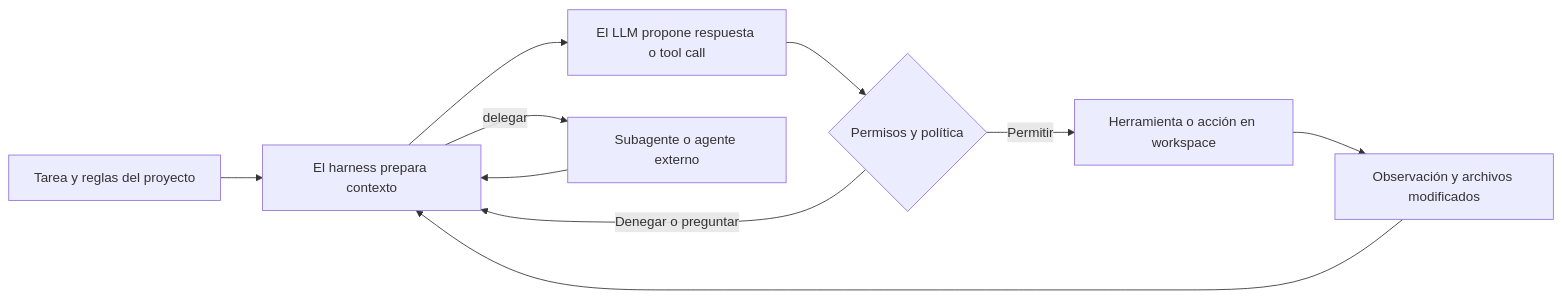
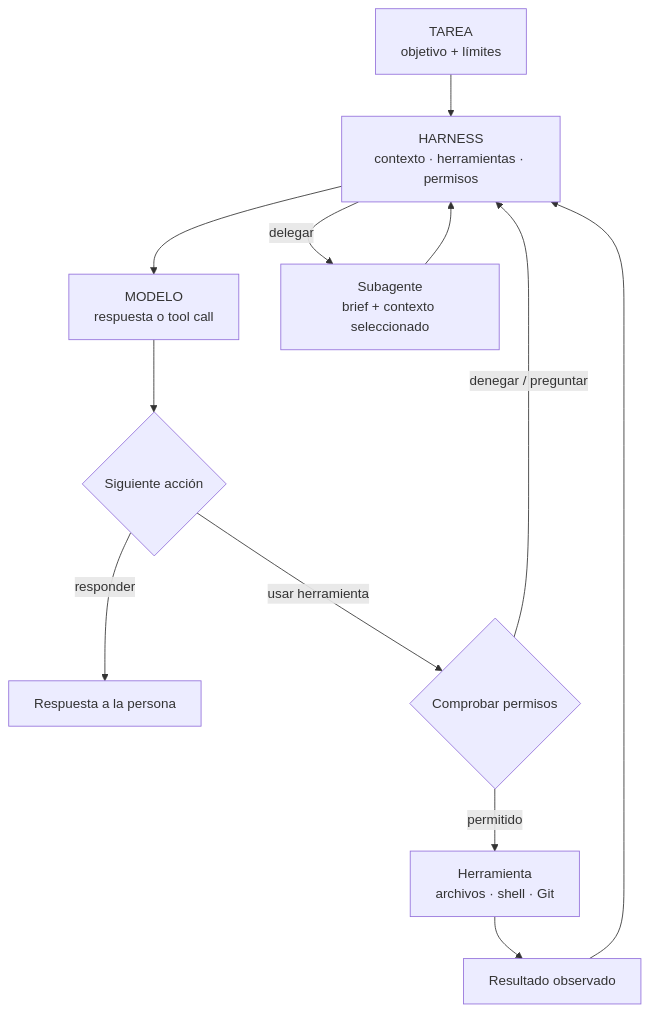
The first of 2 diagrams in i18n/es/docusaurus-plugin-content-blog/2026-10-25-ai-coding-agents-anatomy.md (valdepeace/my-website), drawn with Mermaid before and after one commit. The commit also changed other lines of this file, not shown here.

````diff
--- a/i18n/es/docusaurus-plugin-content-blog/2026-10-25-ai-coding-agents-anatomy.md
+++ b/i18n/es/docusaurus-plugin-content-blog/2026-10-25-ai-coding-agents-anatomy.md
@@ -19,12 +19,14 @@
 ```mermaid
-flowchart LR
-  U[Tarea y reglas del proyecto] --> H[El harness prepara contexto]
-  H --> M[El LLM propone respuesta o tool call]
-  M --> G{Permisos y política}
-  G -->|Permitir| T[Herramienta o acción en workspace]
-  G -->|Denegar o preguntar| H
-  T --> O[Observación y archivos modificados]
+flowchart TB
+  T["TAREA<br/>objetivo + límites"] --> H["HARNESS<br/>contexto · herramientas · permisos"]
+  H --> M["MODELO<br/>respuesta o tool call"]
+  M --> D{"Siguiente acción"}
+  D -->|"responder"| F["Respuesta a la persona"]
+  D -->|"usar herramienta"| P{"Comprobar permisos"}
+  P -->|"permitido"| X["Herramienta<br/>archivos · shell · Git"]
+  X --> O["Resultado observado"]
   O --> H
-  H -->|delegar| S[Subagente o agente externo]
+  P -->|"denegar / preguntar"| H
+  H -->|"delegar"| S["Subagente<br/>brief + contexto seleccionado"]
   S --> H
 ```
````
